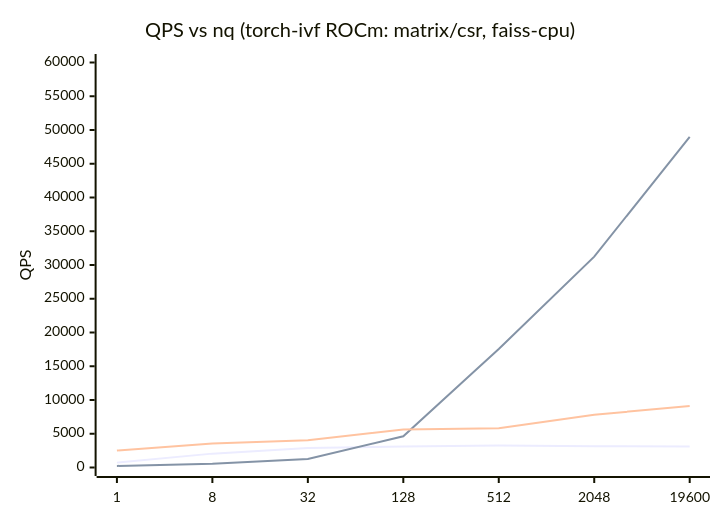
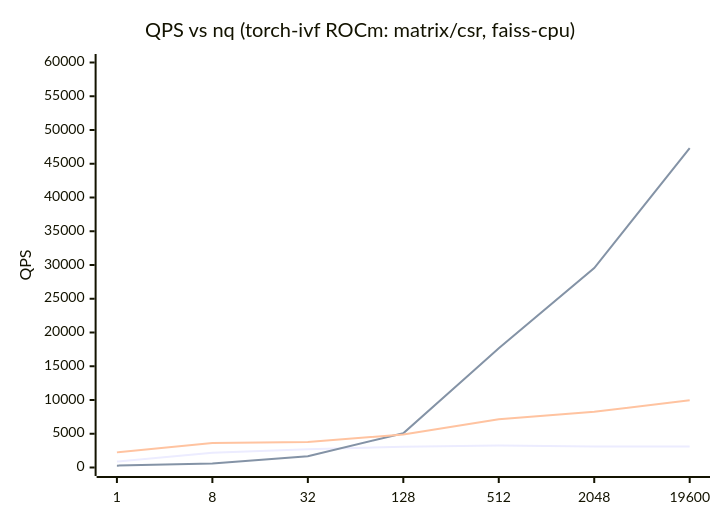
Before and after one commit to kitfactory/torch-ivf: the diagram in README.ja.md, drawn with Mermaid. The commit also changed other lines of this file and 2 other files, not shown here.

````diff
--- a/README.ja.md
+++ b/README.ja.md
@@ -54,9 +56,9 @@
 ```mermaid
 xychart-beta
     title "QPS vs nq (torch-ivf ROCm: matrix/csr, faiss-cpu)"
     x-axis [1, 8, 32, 128, 512, 2048, 19600]
     y-axis "QPS" 0 --> 60000
-    line "torch-ivf (matrix)" [722, 2055, 2882, 3122, 3269, 3154, 3114]
-    line "torch-ivf (csr)" [232, 547, 1253, 4632, 17562, 31242, 48978]
-    line "faiss-cpu" [2518, 3557, 4041, 5634, 5833, 7810, 9111]
+    line "torch-ivf (matrix)" [875, 2176, 2711, 3092, 3250, 3105, 3109]
+    line "torch-ivf (csr)" [275, 576, 1682, 5063, 17656, 29553, 47302]
+    line "faiss-cpu" [2241, 3628, 3767, 4887, 7140, 8264, 9962]
 ```
````
